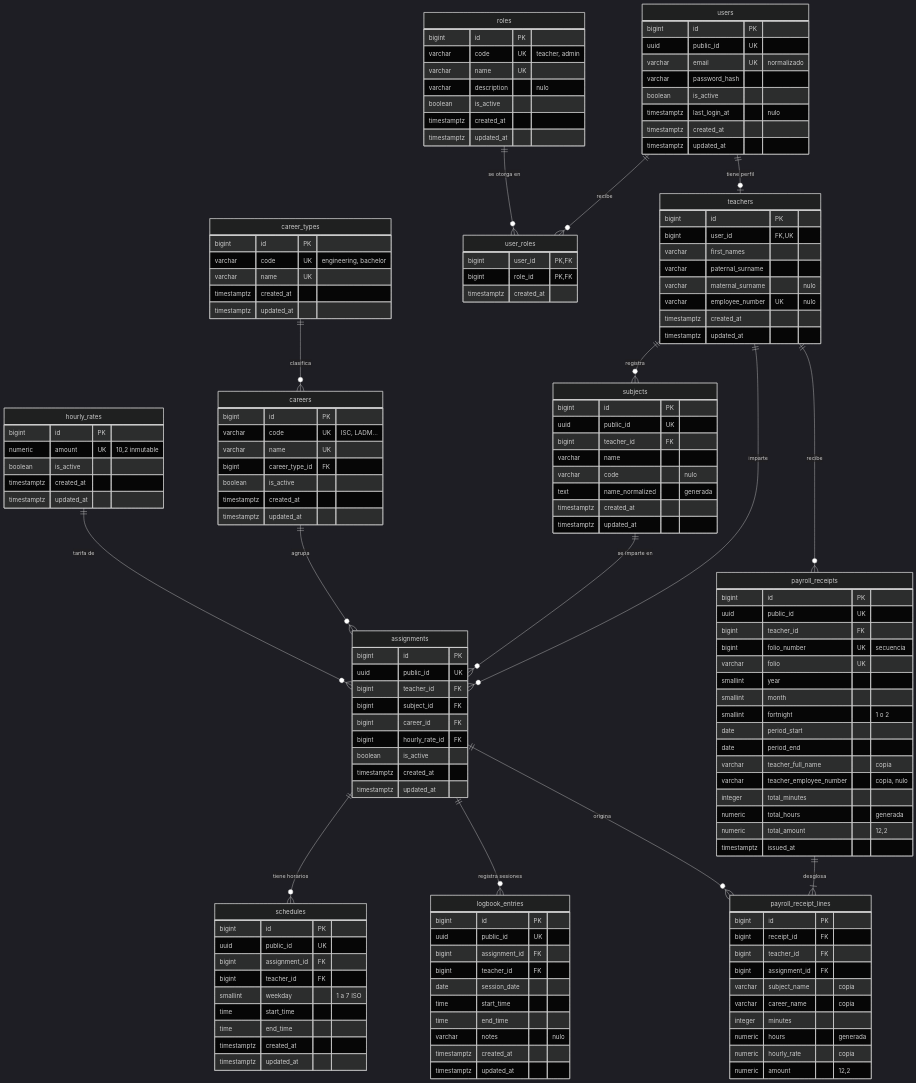
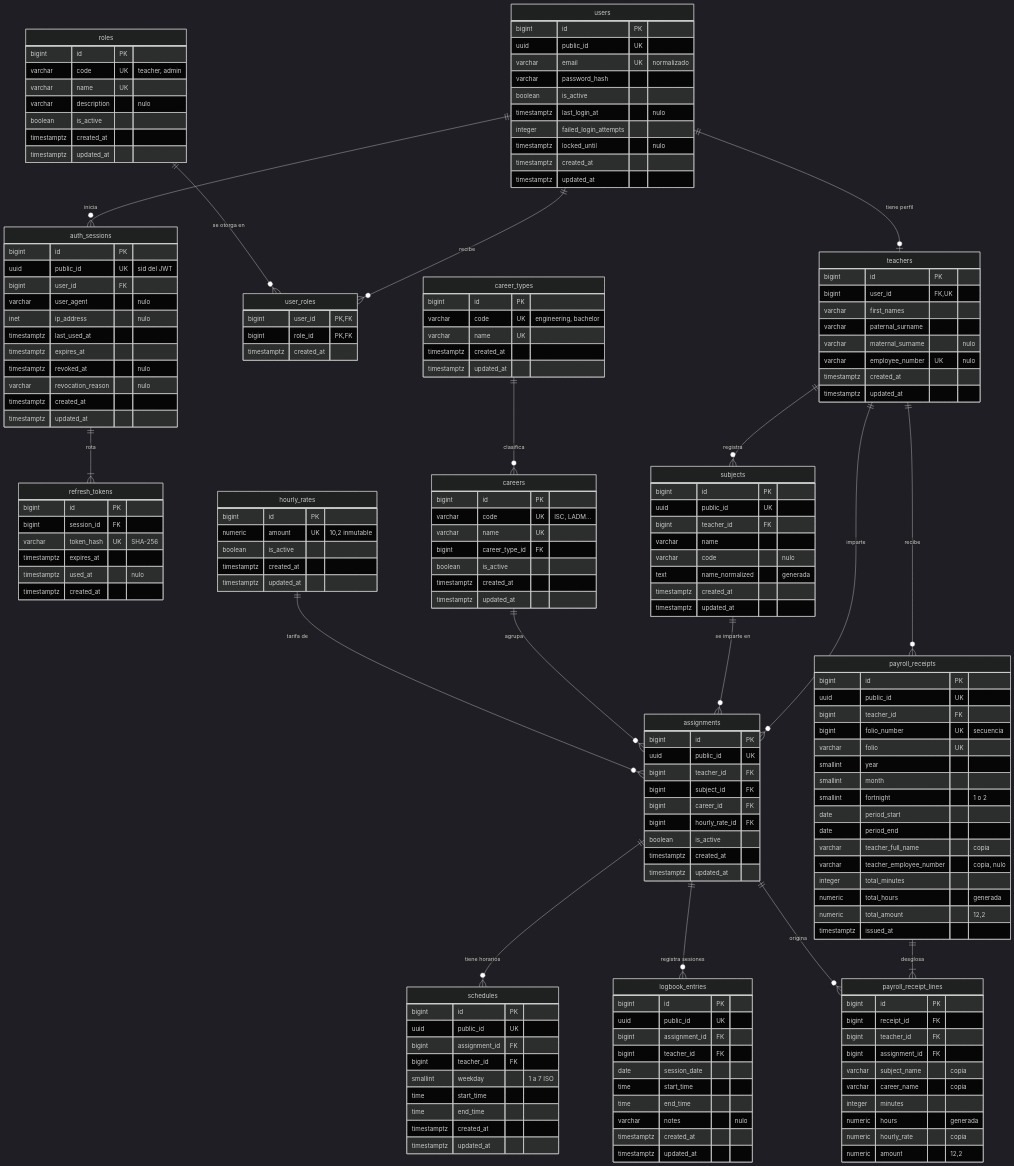
Before and after one commit to Joryox/nomina-docente: the diagram in docs/base-de-datos.md, drawn with Mermaid (dark theme). The commit also changed other lines of this file and 5 other files, not shown here.

```diff
--- a/docs/base-de-datos.md
+++ b/docs/base-de-datos.md
@@ -22,6 +22,8 @@
     users ||--o| teachers : "tiene perfil"
     users ||--o{ user_roles : "recibe"
     roles ||--o{ user_roles : "se otorga en"
+    users ||--o{ auth_sessions : "inicia"
+    auth_sessions ||--|{ refresh_tokens : "rota"
 
     career_types ||--o{ careers : "clasifica"
 
@@ -45,8 +47,31 @@
         varchar password_hash
         boolean is_active
         timestamptz last_login_at "nulo"
+        integer failed_login_attempts
+        timestamptz locked_until "nulo"
         timestamptz created_at
         timestamptz updated_at
+    }
+    auth_sessions {
+        bigint id PK
+        uuid public_id UK "sid del JWT"
+        bigint user_id FK
+        varchar user_agent "nulo"
+        inet ip_address "nulo"
+        timestamptz last_used_at
+        timestamptz expires_at
+        timestamptz revoked_at "nulo"
+        varchar revocation_reason "nulo"
+        timestamptz created_at
+        timestamptz updated_at
+    }
+    refresh_tokens {
+        bigint id PK
+        bigint session_id FK
+        varchar token_hash UK "SHA-256"
+        timestamptz expires_at
+        timestamptz used_at "nulo"
+        timestamptz created_at
     }
     roles {
         bigint id PK
```
